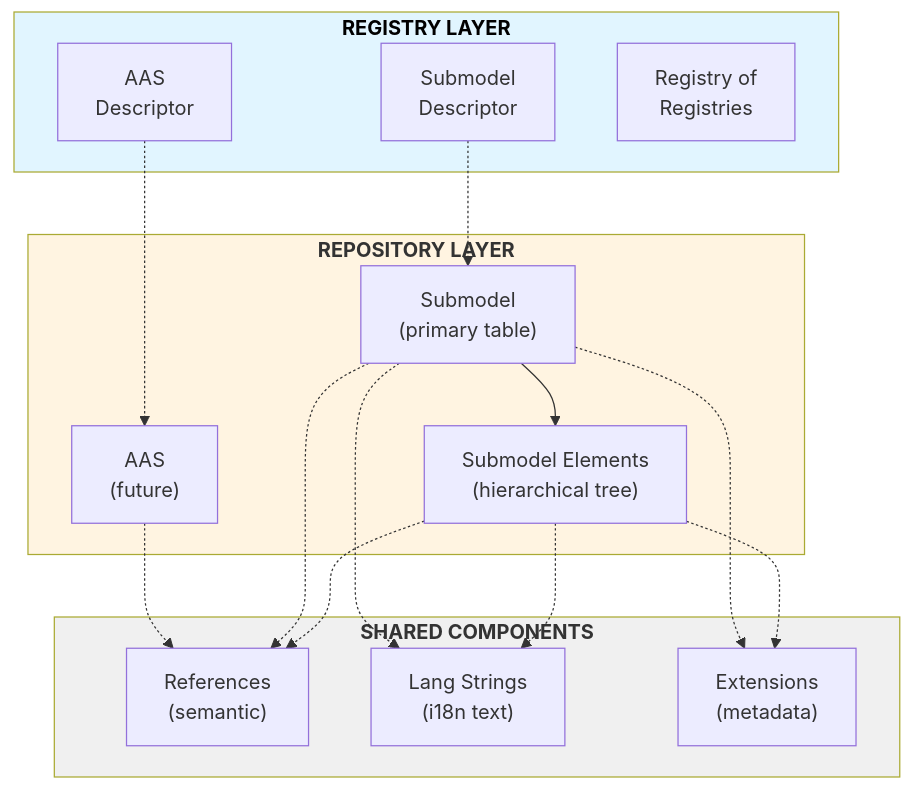
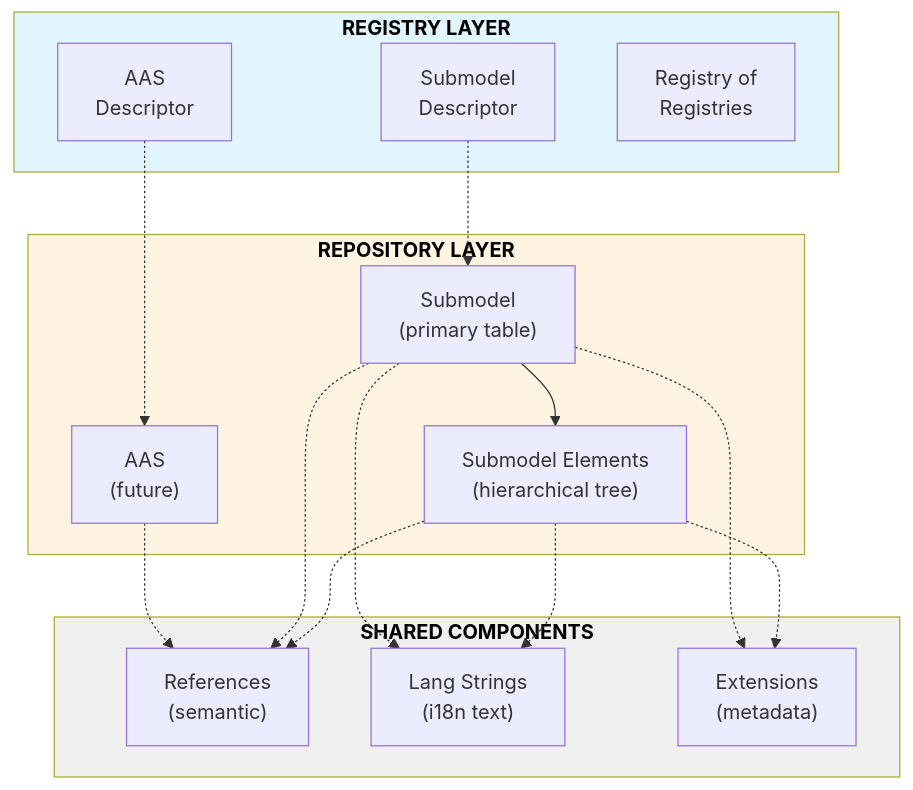
Before and after one commit to eclipse-basyx/basyx-go-components: the diagram in docu/basyx-database-wiki/README.md, drawn with Mermaid.

Commit message:
Adapts Colors

````diff
--- a/docu/basyx-database-wiki/README.md
+++ b/docu/basyx-database-wiki/README.md
@@ -27,38 +27,38 @@
 ```mermaid
 graph TB
     subgraph REGISTRY["<b style='color: black;'>REGISTRY LAYER</b>"]
         AASD["AAS<br/>Descriptor"]
         SMD["Submodel<br/>Descriptor"]
         ROR["Registry of<br/>Registries"]
     end
     
-    subgraph REPOSITORY["<b>REPOSITORY LAYER</b>"]
+    subgraph REPOSITORY["<b style='color: black'>REPOSITORY LAYER</b>"]
         AAS["AAS<br/>(future)"]
         SM["Submodel<br/>(primary table)"]
         SME["Submodel Elements<br/>(hierarchical tree)"]
         SM --> SME
     end
     
-    subgraph SHARED["<b>SHARED COMPONENTS</b>"]
+    subgraph SHARED["<b style='color: black'>SHARED COMPONENTS</b>"]
         REF["References<br/>(semantic)"]
         LANG["Lang Strings<br/>(i18n text)"]
         EXT["Extensions<br/>(metadata)"]
     end
     
     AASD -.-> AAS
     SMD -.-> SM
     
     AAS -.-> REF
     SM -.-> REF
     SME -.-> REF
     
     SM -.-> LANG
     SME -.-> LANG
     
     SM -.-> EXT
     SME -.-> EXT
     
     style REGISTRY fill:#e1f5ff
     style REPOSITORY fill:#fff4e1
     style SHARED fill:#f0f0f0
 ```
````
